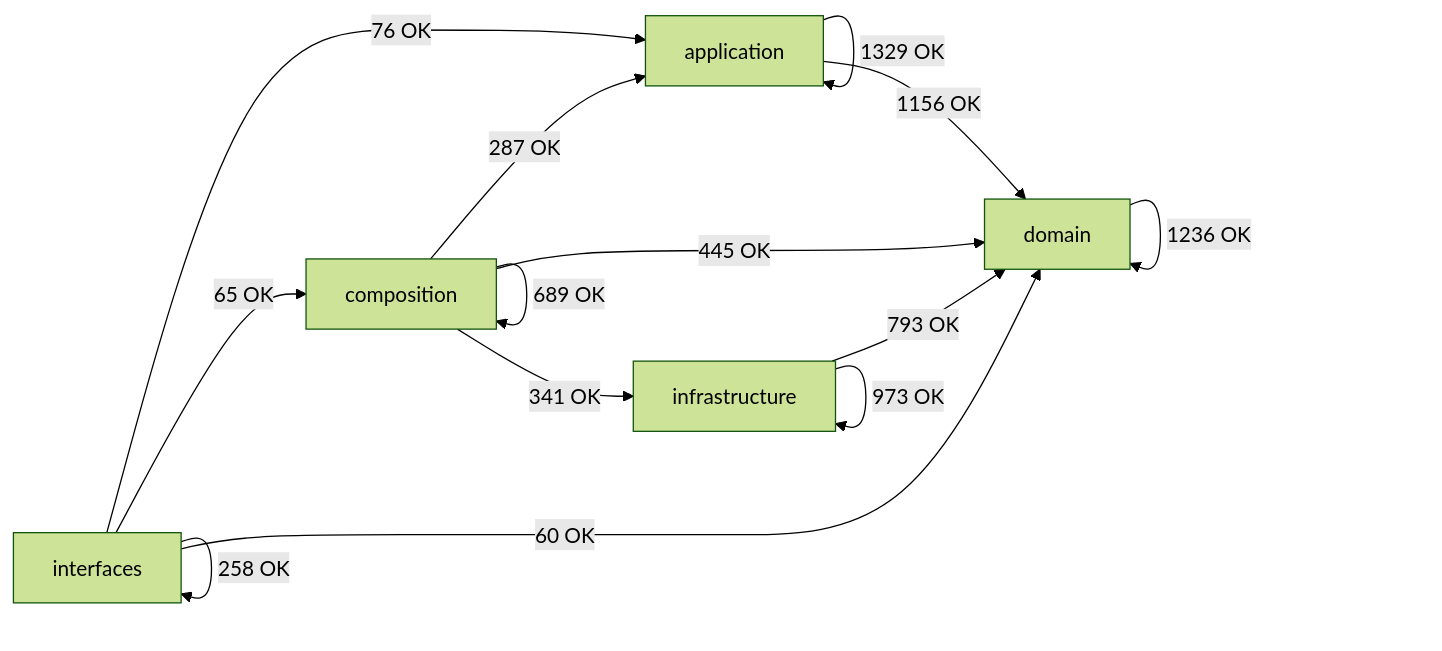
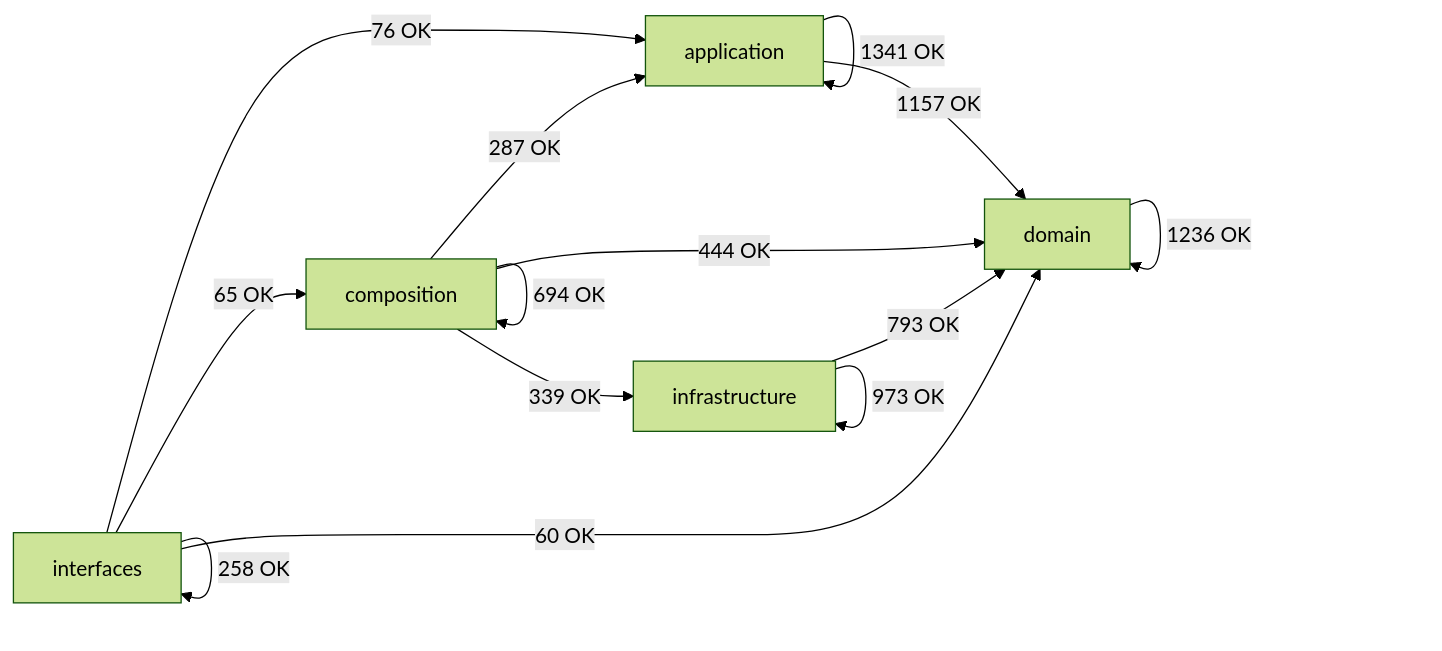
One commit to SatoryKono/BioactivityDataAcquisition changed the diagram in docs/02-architecture/generated/module-dependency-map.md. Above: the diagram before and after it, drawn with Mermaid (forest theme). The commit also changed other lines of this file and 163 other files, not shown here.

````diff
--- a/docs/02-architecture/generated/module-dependency-map.md
+++ b/docs/02-architecture/generated/module-dependency-map.md
@@ -17,21 +17,21 @@
 ```mermaid
 flowchart LR
     domain[domain]
     application[application]
     infrastructure[infrastructure]
     composition[composition]
     interfaces[interfaces]
-    application -->|1329 OK| application
-    application -->|1156 OK| domain
+    application -->|1341 OK| application
+    application -->|1157 OK| domain
     composition -->|287 OK| application
-    composition -->|689 OK| composition
-    composition -->|445 OK| domain
-    composition -->|341 OK| infrastructure
+    composition -->|694 OK| composition
+    composition -->|444 OK| domain
+    composition -->|339 OK| infrastructure
     domain -->|1236 OK| domain
     infrastructure -->|793 OK| domain
     infrastructure -->|973 OK| infrastructure
     interfaces -->|76 OK| application
     interfaces -->|65 OK| composition
     interfaces -->|60 OK| domain
     interfaces -->|258 OK| interfaces
 ```
````
